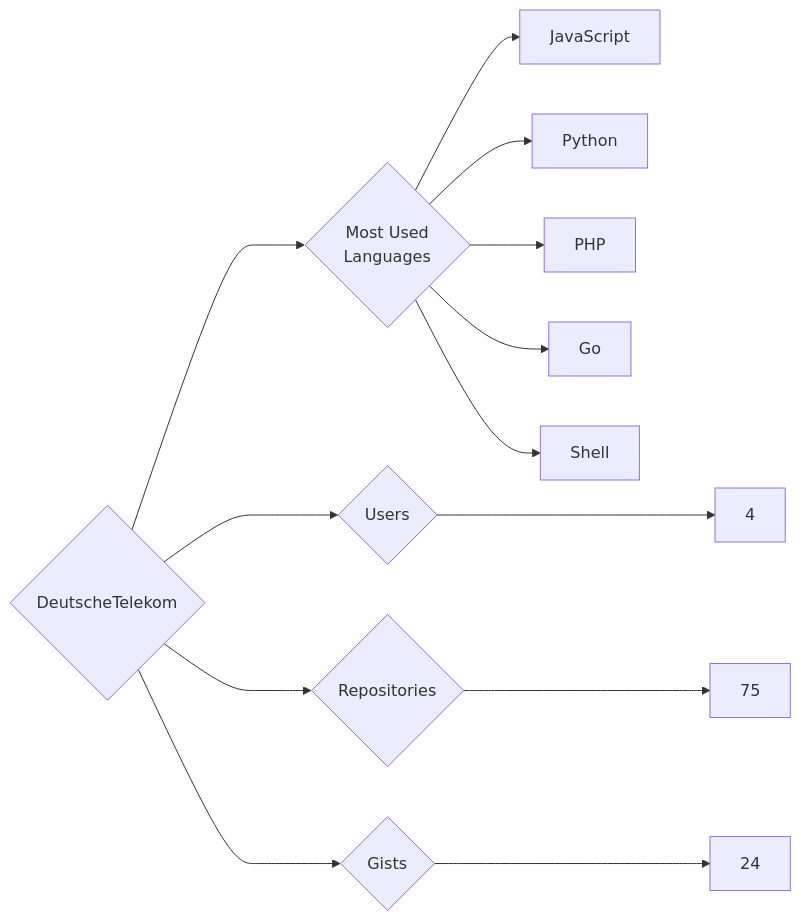
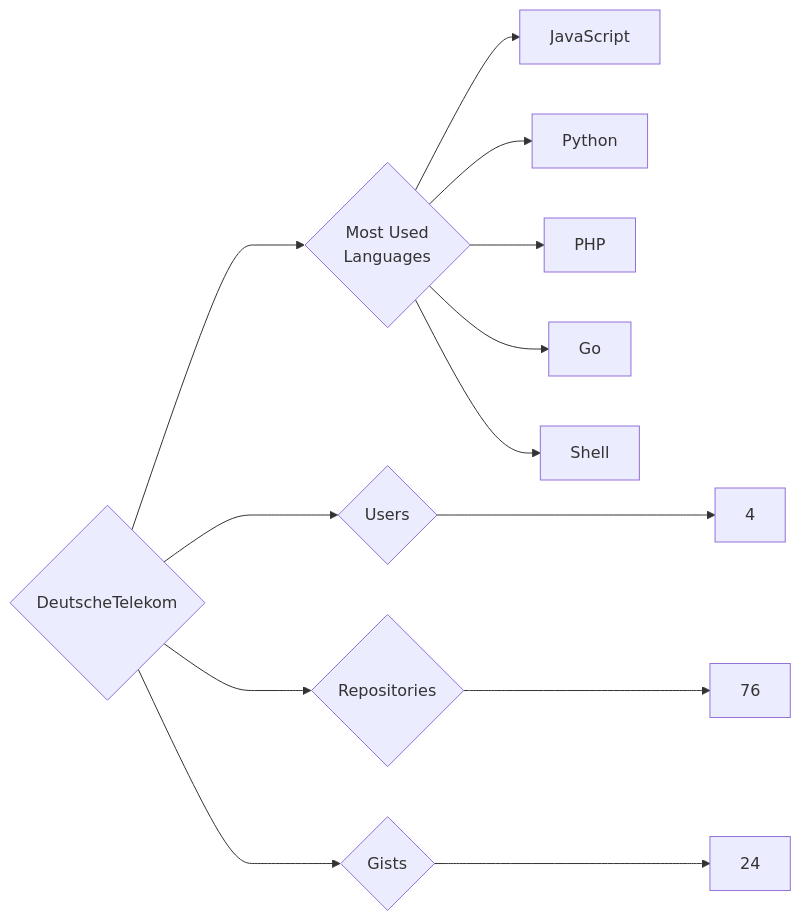
Before and after one commit to trickest/insiders: the diagram in targets/DeutscheTelekom/README.md, drawn with Mermaid. The commit also changed 988 other files, not shown here.

````diff
--- a/targets/DeutscheTelekom/README.md
+++ b/targets/DeutscheTelekom/README.md
@@ -3,13 +3,13 @@
 ```mermaid
 graph LR
 COMPANY_NAME{DeutscheTelekom}
 COMPANY_NAME ---> U{Users} ---> UN[4]
-COMPANY_NAME ---> R{Repositories} ---> RN[75]
+COMPANY_NAME ---> R{Repositories} ---> RN[76]
 COMPANY_NAME ---> G{Gists} ---> GN[24]
 COMPANY_NAME ---> ML{Most Used<br>Languages}
 ML --> JavaScript[JavaScript]
 ML --> Python[Python]
 ML --> PHP[PHP]
 ML --> Go[Go]
 ML --> Shell[Shell]
 ```
````
